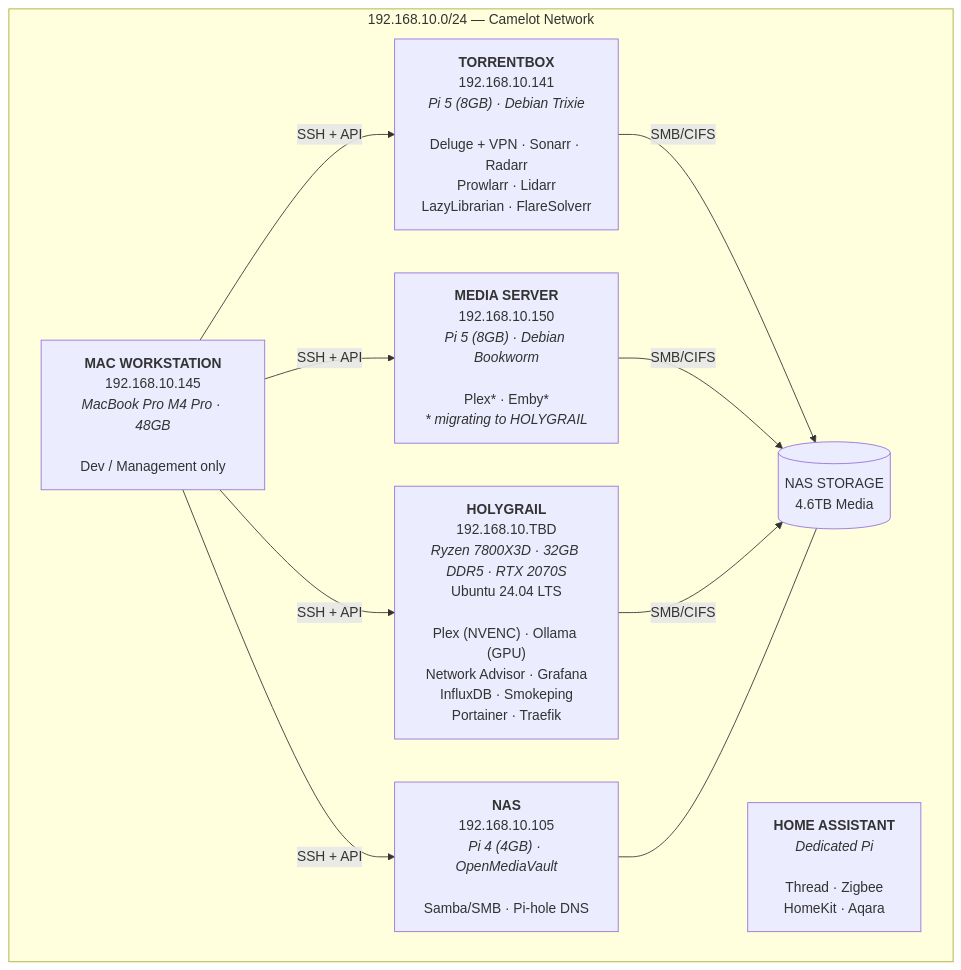
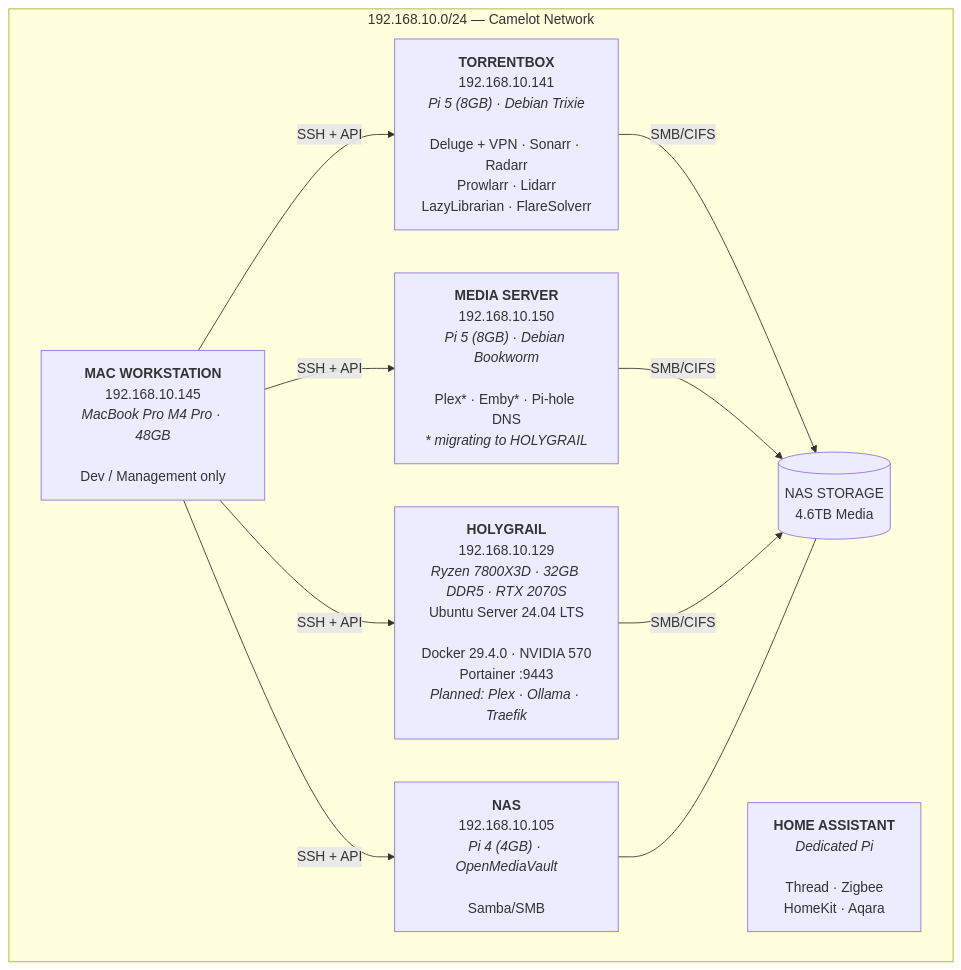
One commit to johndoucette63/camelot changed the first of 2 diagrams in docs/INFRASTRUCTURE.md. Above: the diagram before and after it, drawn with Mermaid. The commit also changed other lines of this file and 12 other files, not shown here.

````diff
--- a/docs/INFRASTRUCTURE.md
+++ b/docs/INFRASTRUCTURE.md
@@ -5,28 +5,28 @@
 ```mermaid
 graph TB
     subgraph network["192.168.10.0/24 — Camelot Network"]
-        holygrail["<b>HOLYGRAIL</b><br/>192.168.10.TBD<br/><i>Ryzen 7800X3D · 32GB DDR5 · RTX 2070S</i><br/>Ubuntu 24.04 LTS<br/><br/>Plex (NVENC) · Ollama (GPU)<br/>Network Advisor · Grafana<br/>InfluxDB · Smokeping<br/>Portainer · Traefik"]
+        holygrail["<b>HOLYGRAIL</b><br/>192.168.10.129<br/><i>Ryzen 7800X3D · 32GB DDR5 · RTX 2070S</i><br/>Ubuntu Server 24.04 LTS<br/><br/>Docker 29.4.0 · NVIDIA 570<br/>Portainer :9443<br/><i>Planned: Plex · Ollama · Traefik</i>"]
 
         torrentbox["<b>TORRENTBOX</b><br/>192.168.10.141<br/><i>Pi 5 (8GB) · Debian Trixie</i><br/><br/>Deluge + VPN · Sonarr · Radarr<br/>Prowlarr · Lidarr<br/>LazyLibrarian · FlareSolverr"]
 
-        nas["<b>NAS</b><br/>192.168.10.105<br/><i>Pi 4 (4GB) · OpenMediaVault</i><br/><br/>Samba/SMB · Pi-hole DNS"]
+        nas["<b>NAS</b><br/>192.168.10.105<br/><i>Pi 4 (4GB) · OpenMediaVault</i><br/><br/>Samba/SMB"]
 
-        mediaserver["<b>MEDIA SERVER</b><br/>192.168.10.150<br/><i>Pi 5 (8GB) · Debian Bookworm</i><br/><br/>Plex* · Emby*<br/><i>* migrating to HOLYGRAIL</i>"]
+        mediaserver["<b>MEDIA SERVER</b><br/>192.168.10.150<br/><i>Pi 5 (8GB) · Debian Bookworm</i><br/><br/>Plex* · Emby* · Pi-hole DNS<br/><i>* migrating to HOLYGRAIL</i>"]
 
         mac["<b>MAC WORKSTATION</b><br/>192.168.10.145<br/><i>MacBook Pro M4 Pro · 48GB</i><br/><br/>Dev / Management only"]
 
         ha["<b>HOME ASSISTANT</b><br/><i>Dedicated Pi</i><br/><br/>Thread · Zigbee<br/>HomeKit · Aqara"]
 
         storage[("NAS STORAGE<br/>4.6TB Media")]
 
         mac -- "SSH + API" --> holygrail
         mac -- "SSH + API" --> torrentbox
         mac -- "SSH + API" --> nas
         mac -- "SSH + API" --> mediaserver
 
         torrentbox -- "SMB/CIFS" --> storage
         mediaserver -- "SMB/CIFS" --> storage
         holygrail -- "SMB/CIFS" --> storage
         nas --- storage
     end
 ```
````
